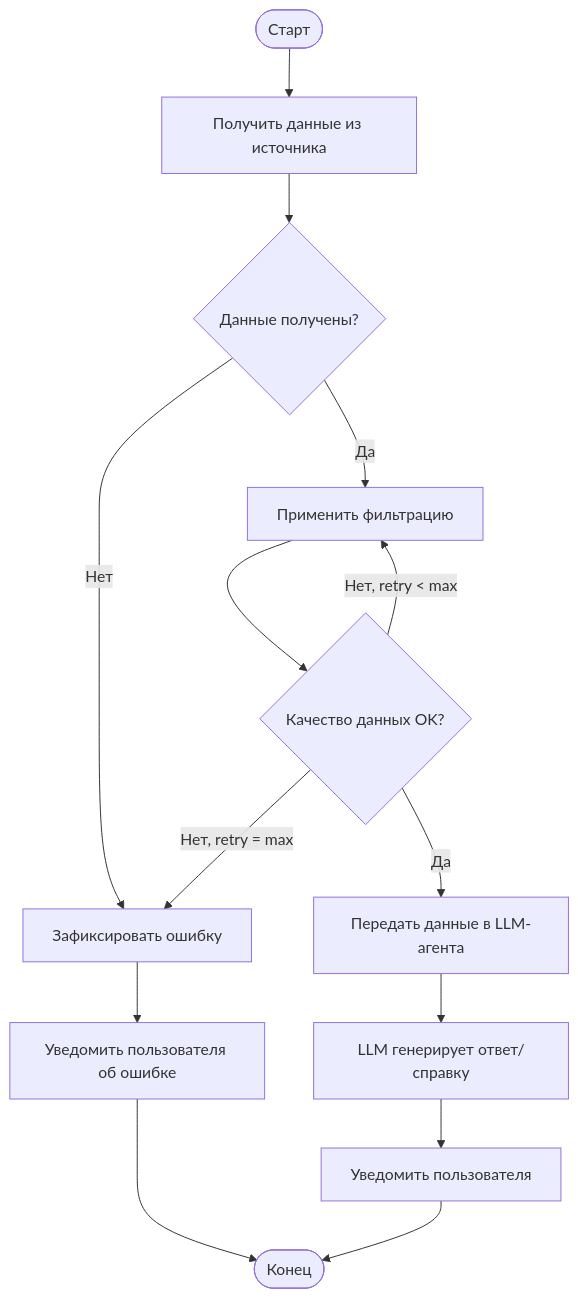
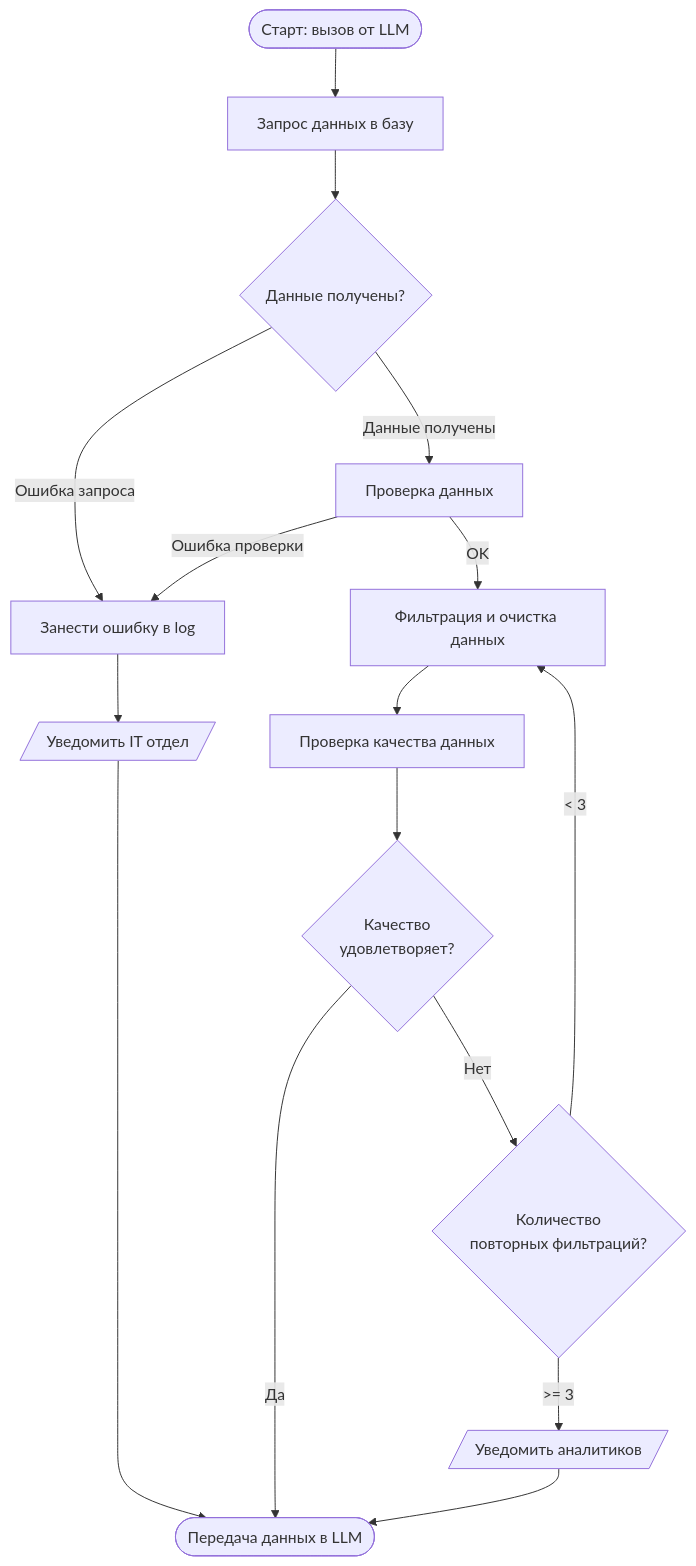
One commit to MaxLast-star/sa_documentation changed the diagram in my-website/docs/architecture/process.md. Above: the diagram before and after it, drawn with Mermaid. The commit also changed other lines of this file and 5 other files, not shown here.

````diff
--- a/my-website/docs/architecture/process.md
+++ b/my-website/docs/architecture/process.md
@@ -31,16 +33,18 @@
 ```mermaid
 flowchart TD
-    A([Старт]) --> B[Получить данные из источника]
+    A([Старт: вызов от LLM]) --> B[Запрос данных в базу]
     B --> C{Данные получены?}
-    C -->|Нет| D[Зафиксировать ошибку]
-    D --> E[Уведомить пользователя об ошибке]
-    E --> Z([Конец])
-    C -->|Да| F[Применить фильтрацию]
-    F --> G{Качество данных OK?}
-    G -->|Нет, retry < max| F
-    G -->|Нет, retry = max| D
-    G -->|Да| H[Передать данные в LLM-агента]
-    H --> I[LLM генерирует ответ/справку]
-    I --> J[Уведомить пользователя]
+    C -->|Ошибка запроса| E[Занести ошибку в log]
+    C -->|Данные получены| D[Проверка данных]
+    D --> |Ошибка проверки| E
+    D --> |OK| F[Фильтрация и очистка данных]
+    F --> G[Проверка качества данных]
+    G --> H{Качество\nудовлетворяет?}
+    H -->|Да| Z([Передача данных в LLM])
+    H -->|Нет| I{Количество\nповторных фильтраций?}
+    I -->|< 3| F
+    I -->|>= 3| J[/Уведомить аналитиков/]
     J --> Z
+    E --> K[/Уведомить IT отдел/]
+    K --> Z
 ```
````
